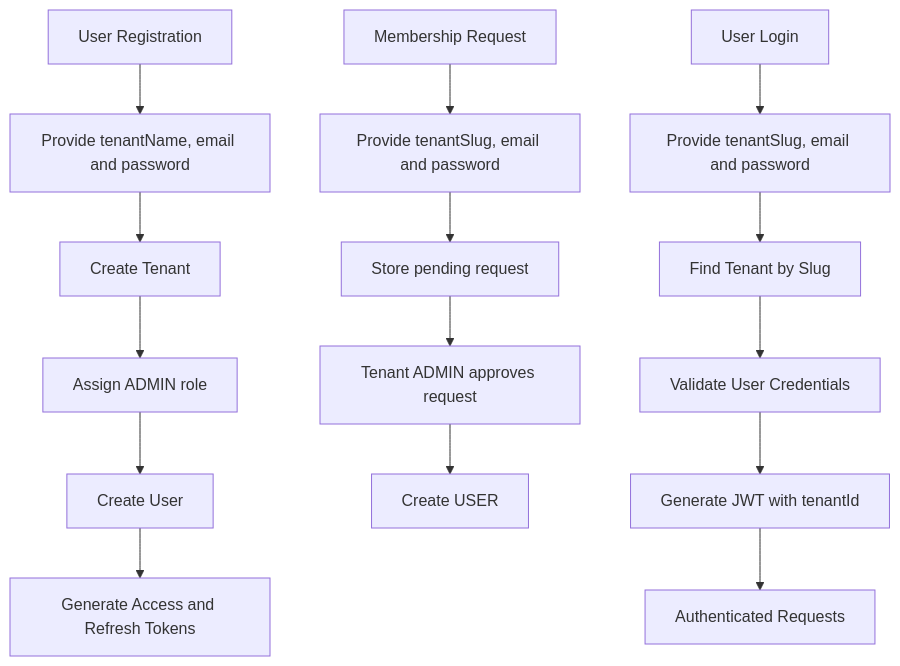
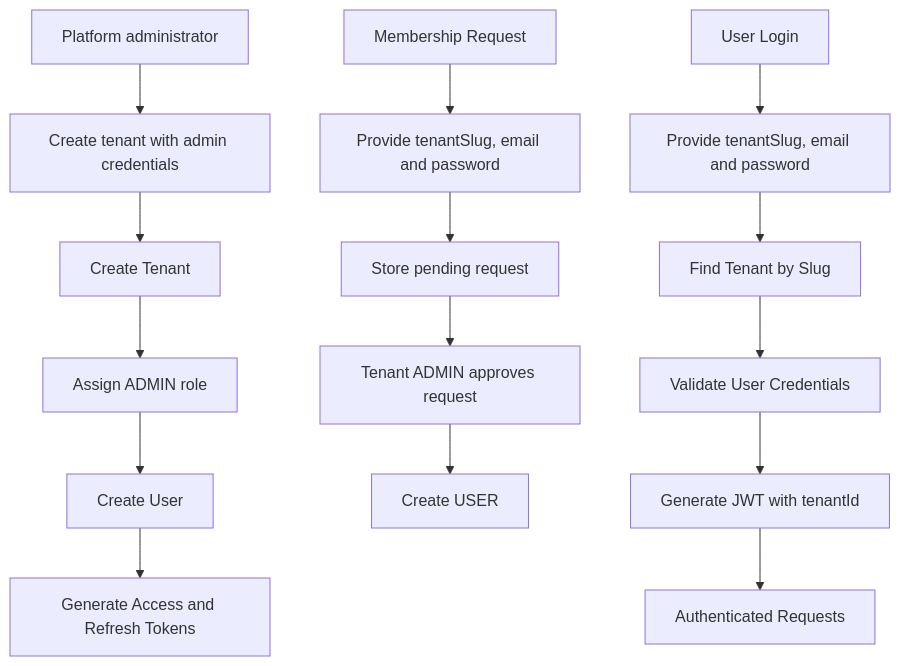
The second of 3 diagrams in README.md (arlindofernandes/authservice), drawn with Mermaid before and after one commit. The commit also changed other lines of this file and 17 other files, not shown here.

````diff
--- a/README.md
+++ b/README.md
@@ -141,19 +142,19 @@
 ```mermaid
 flowchart TD
-    A["User Registration"] --> B["Provide tenantName, email and password"]
+    A["Platform administrator"] --> B["Create tenant with admin credentials"]
     B --> C["Create Tenant"]
     C --> D
     D["Assign ADMIN role"] --> E["Create User"]
     E --> F["Generate Access and Refresh Tokens"]
 
     O["Membership Request"] --> P["Provide tenantSlug, email and password"]
     P --> Q["Store pending request"]
     Q --> R["Tenant ADMIN approves request"]
     R --> S["Create USER"]
 
     I["User Login"] --> J["Provide tenantSlug, email and password"]
     J --> K["Find Tenant by Slug"]
     K --> L["Validate User Credentials"]
     L --> M["Generate JWT with tenantId"]
     M --> N["Authenticated Requests"]
 ```
````
